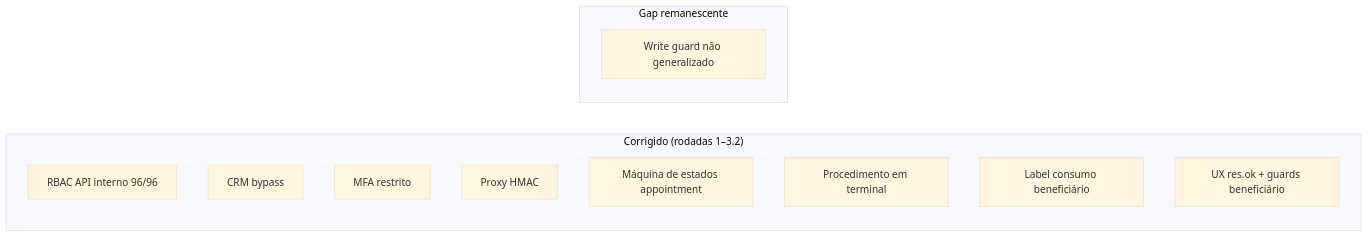
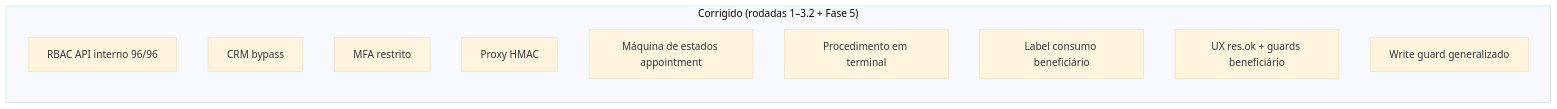
One commit to Piulres/sistema-bibi changed the diagram in docs/produto/AUDITORIA_FLUXOS.md. Above: the diagram before and after it, drawn with Mermaid (base theme). The commit also changed other lines of this file and 9 other files, not shown here.

First line of the commit message:
docs(rbac): alinha Fase 5 write guards (#354) na documentação

````diff
--- a/docs/produto/AUDITORIA_FLUXOS.md
+++ b/docs/produto/AUDITORIA_FLUXOS.md
@@ -64,16 +65,14 @@
 ```mermaid
 flowchart LR
-  subgraph OK["Corrigido (rodadas 1–3.2)"]
+  subgraph OK["Corrigido (rodadas 1–3.2 + Fase 5)"]
     R[RBAC API interno 96/96]
     C[CRM bypass]
     M[MFA restrito]
     X[Proxy HMAC]
     S[Máquina de estados appointment]
     P[Procedimento em terminal]
     B[Label consumo beneficiário]
     U[UX res.ok + guards beneficiário]
-  end
-  subgraph GAP["Gap remanescente"]
-    W[Write guard não generalizado]
+    W[Write guard generalizado]
   end
 ```
````
